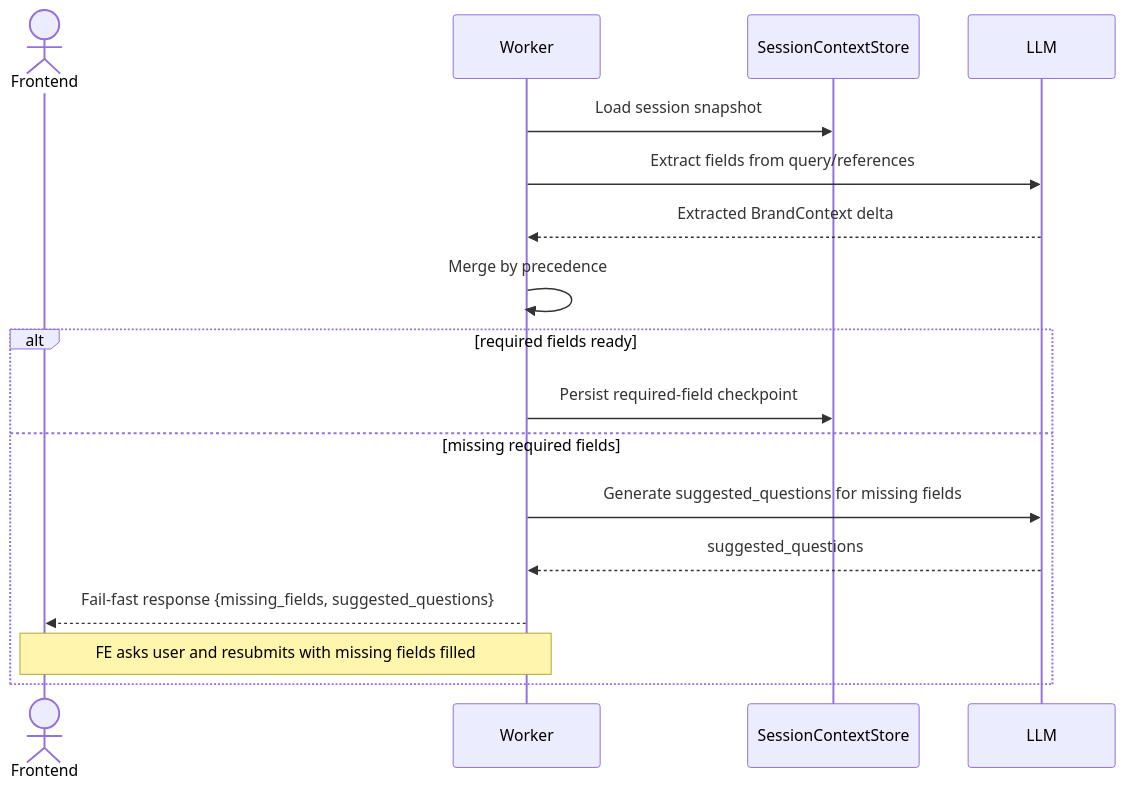
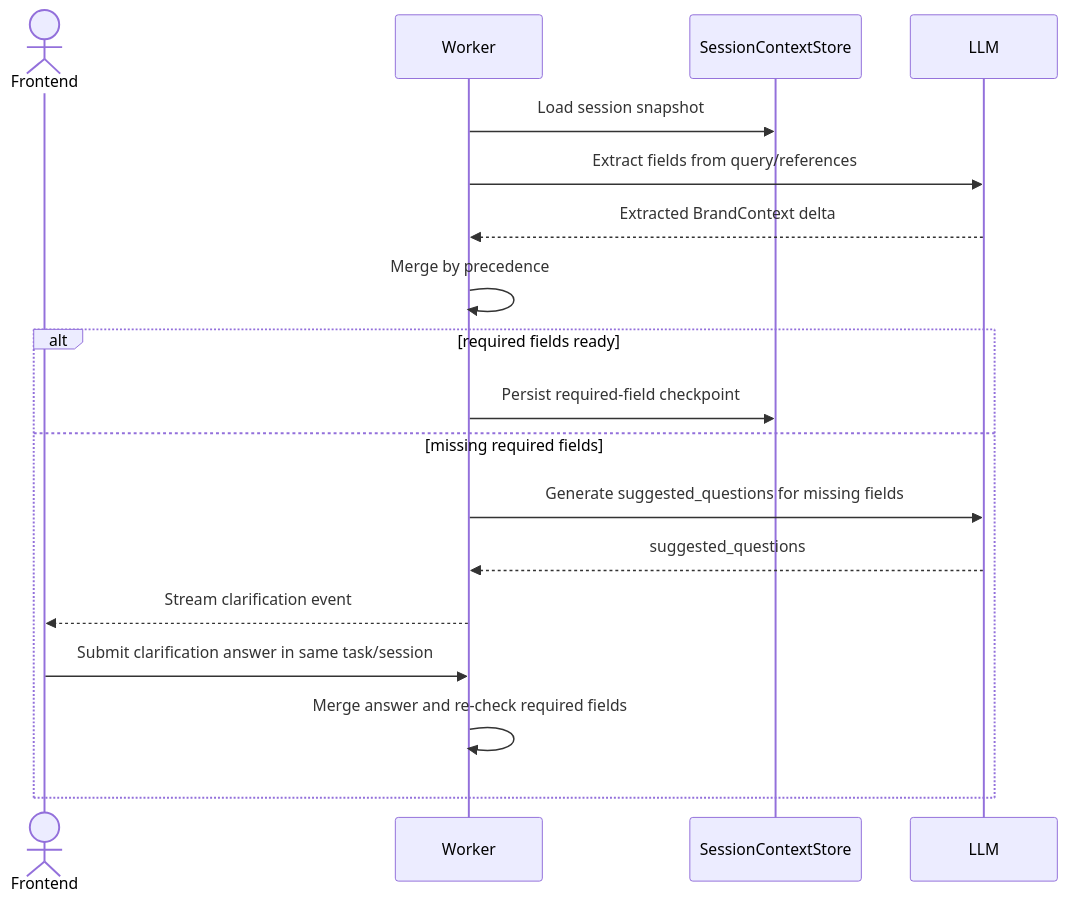
The fourth of 6 diagrams in architecture.md (Ne4nf/Agent-Memory), drawn with Mermaid before and after one commit. The commit also changed other lines of this file, not shown here.

````diff
--- a/architecture.md
+++ b/architecture.md
@@ -246,21 +261,22 @@
 ```mermaid
 sequenceDiagram
   actor FE as Frontend
   participant W as Worker
   participant C as SessionContextStore
   participant L as LLM
 
   W->>C: Load session snapshot
   W->>L: Extract fields from query/references
   L-->>W: Extracted BrandContext delta
   W->>W: Merge by precedence
 
   alt required fields ready
     W->>C: Persist required-field checkpoint
   else missing required fields
     W->>L: Generate suggested_questions for missing fields
     L-->>W: suggested_questions
-    W-->>FE: Fail-fast response {missing_fields, suggested_questions}
-    Note over FE,W: FE asks user and resubmits with missing fields filled
+    W-->>FE: Stream clarification event
+    FE->>W: Submit clarification answer in same task/session
+    W->>W: Merge answer and re-check required fields
   end
 ```
````
